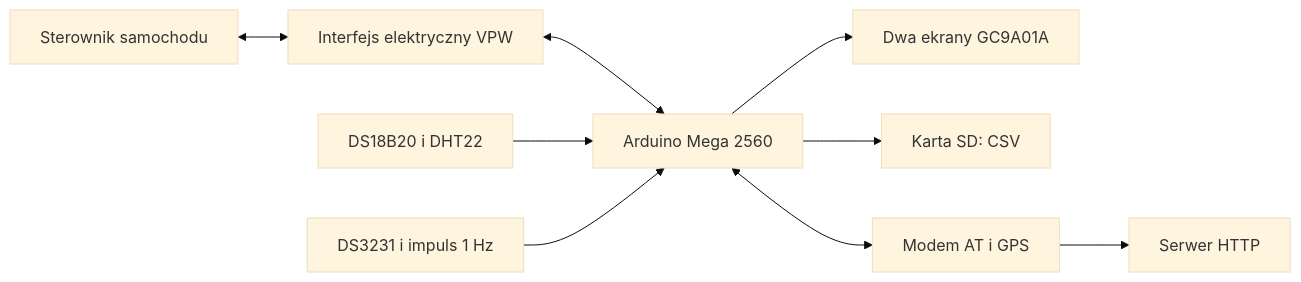
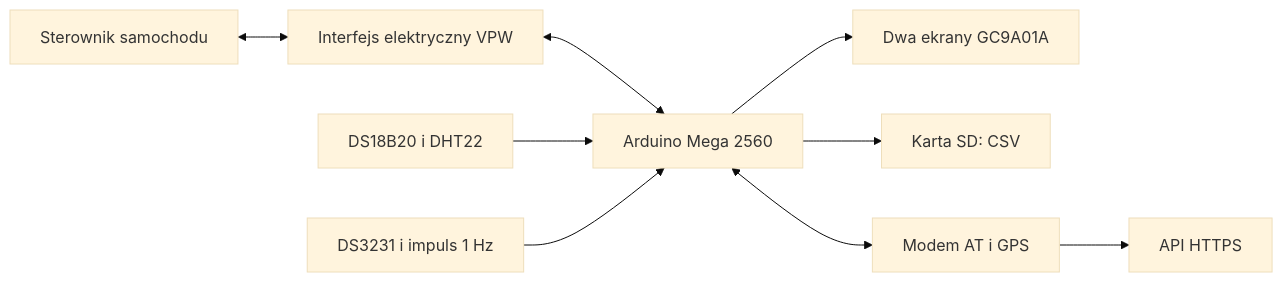
Before and after one commit to sharkov69/ls1gauge-mega: the diagram in README.md, drawn with Mermaid (base theme). The commit also changed other lines of this file and 44 other files, not shown here.

````diff
--- a/README.md
+++ b/README.md
@@ -40,11 +43,11 @@
 ```mermaid
 flowchart LR
     PCM[Sterownik samochodu] <--> VPW[Interfejs elektryczny VPW]
     VPW <--> Mega[Arduino Mega 2560]
     Czujniki[DS18B20 i DHT22] --> Mega
     RTC[DS3231 i impuls 1 Hz] --> Mega
     Mega --> TFT[Dwa ekrany GC9A01A]
     Mega --> SD[Karta SD: CSV]
     Mega <--> Modem[Modem AT i GPS]
-    Modem --> Serwer[Serwer HTTP]
+    Modem --> Serwer[API HTTPS]
 ```
````
